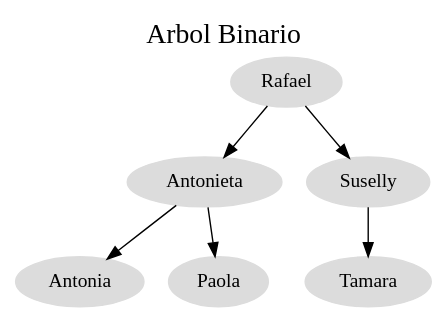
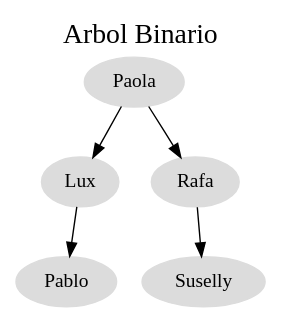
Before and after one commit to JoseMorente98/EDD-Proyecto-1: the diagram in EDD_1S2020_PY1_201801237/ArbolBinarioBusqueda.dot, drawn with Graphviz. The commit also changed 58 other files, not shown here.

```diff
--- a/EDD_1S2020_PY1_201801237/ArbolBinarioBusqueda.dot
+++ b/EDD_1S2020_PY1_201801237/ArbolBinarioBusqueda.dot
@@ -1,16 +1,14 @@
 digraph ArbolBinario {
 	rankdir=TB;
 	node[shape = ellipse, fontcolor = black, style = filled, color = gainsboro];
 	graph[label = "Arbol Binario", labelloc = t, fontsize = 20];
-	Object1[ label ="Rafael"];
-	Object2[ label ="Antonieta"];
-	Object4 [ label ="Antonia"];
-Object2->Object4
-	Object5 [ label ="Paola"];
-Object2->Object5
+	Object1[ label ="Paola"];
+	Object2[ label ="Lux"];
+	Object3 [ label ="Pablo"];
+Object2->Object3
 Object1->Object2
-	Object3[ label ="Suselly"];
-	Object6 [ label ="Tamara"];
-Object3->Object6
-Object1->Object3
+	Object4[ label ="Rafa"];
+	Object5 [ label ="Suselly"];
+Object4->Object5
+Object1->Object4
 }
```
